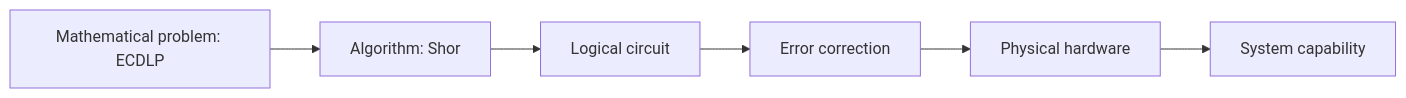
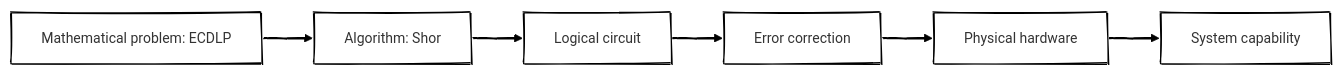
Before and after one commit to antomon/antomon.github.io: the first of 4 diagrams in posts/quantum-cryptography-edge-feasibility-resource-estimates-architectural-divergence-systemic-risk/index.qmd, drawn with Mermaid. The commit also changed other lines of this file and 6 other files, not shown here.

````diff
--- a/posts/quantum-cryptography-edge-feasibility-resource-estimates-architectural-divergence-systemic-risk/index.qmd
+++ b/posts/quantum-cryptography-edge-feasibility-resource-estimates-architectural-divergence-systemic-risk/index.qmd
@@ -74,11 +74,16 @@
 ```{mermaid}
+%%| label: fig-quantum-stack-decomposition
+%%| fig-cap: Layered decomposition of the quantum attack problem from mathematical structure to physical realization
+%%| fig-alt: Diagram showing layers from ECDLP to Shor algorithm, logical circuit, error correction, physical hardware, and system capability
+%%| fig-align: center
+%%{init: {"theme": "neo", "look": "handDrawn"}}%%
 flowchart LR
     A[Mathematical problem: ECDLP]
     B[Algorithm: Shor]
     C[Logical circuit]
     D[Error correction]
     E[Physical hardware]
     F[System capability]
 
     A --> B --> C --> D --> E --> F
 ```
````
